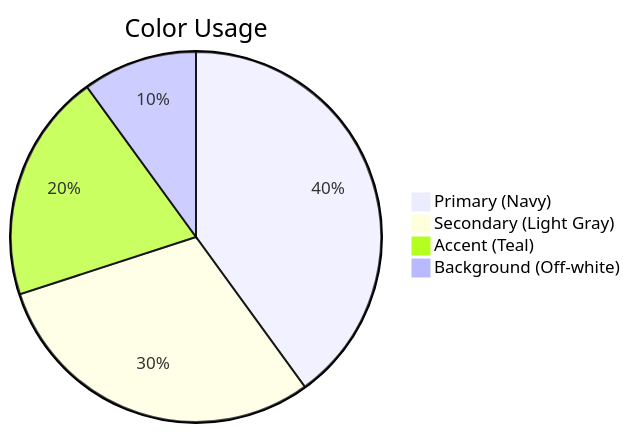
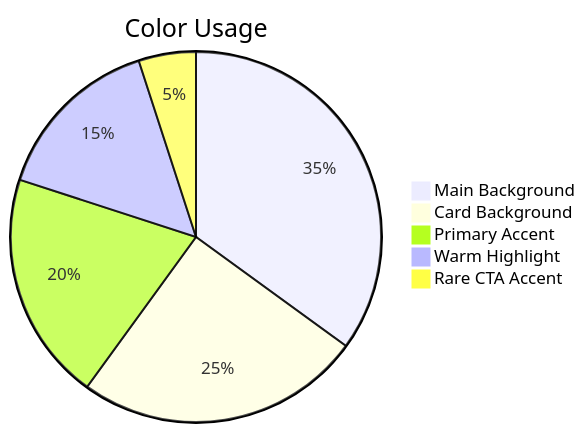
One commit to daffaghiffarykusuma/dafghif-learning-portfolio changed the second of 6 diagrams in portfolio-style-guide.md. Above: the diagram before and after it, drawn with Mermaid. The commit also changed other lines of this file and 8 other files, not shown here.

````diff
--- a/portfolio-style-guide.md
+++ b/portfolio-style-guide.md
@@ -30,8 +30,9 @@
 ```mermaid
 pie
     title Color Usage
-    "Primary (Navy)" : 40
-    "Secondary (Light Gray)" : 30
-    "Accent (Teal)" : 20
-    "Background (Off-white)" : 10
+    "Main Background" : 35
+    "Card Background" : 25
+    "Primary Accent" : 20
+    "Warm Highlight" : 15
+    "Rare CTA Accent" : 5
 ```
````
